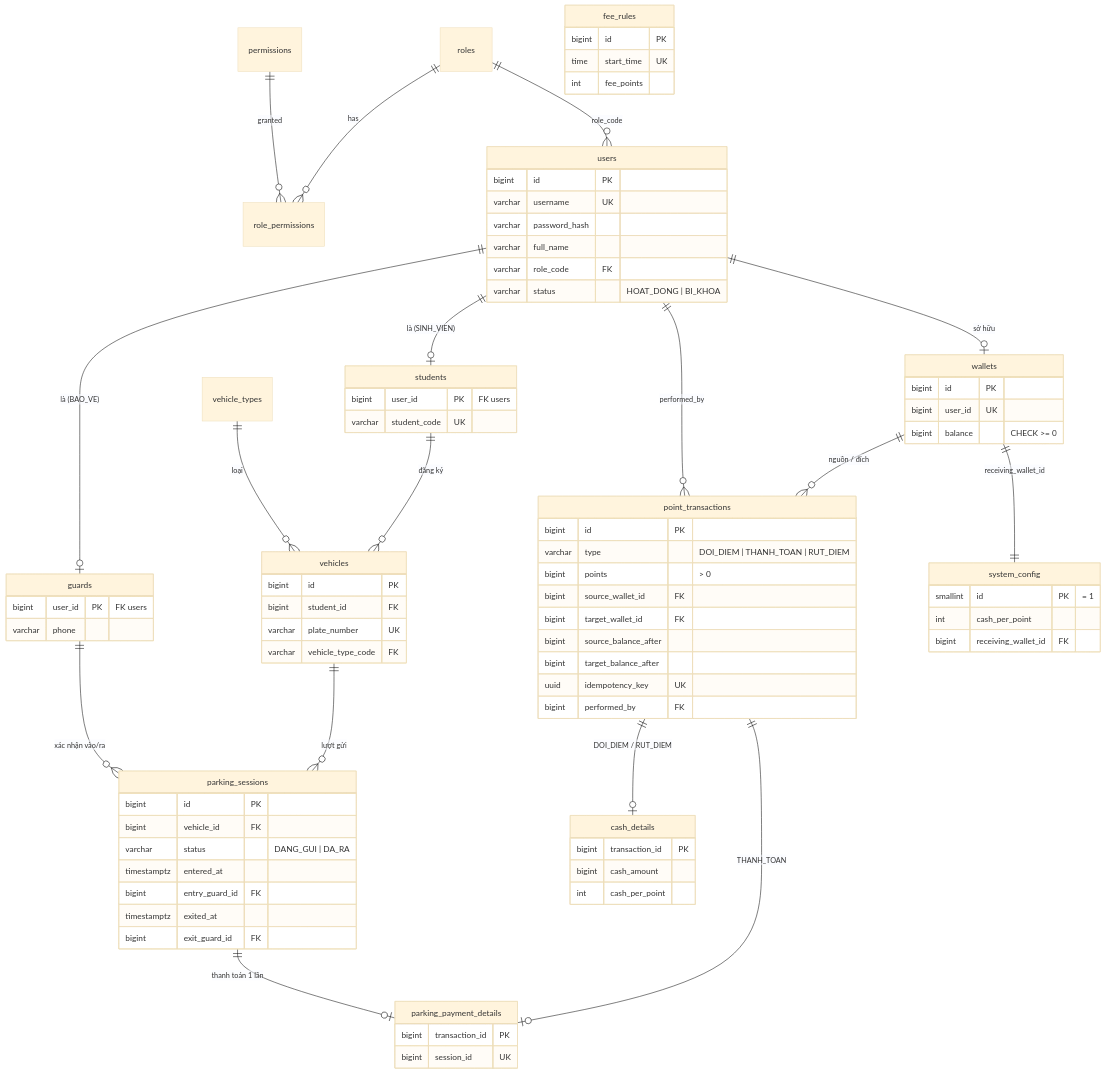
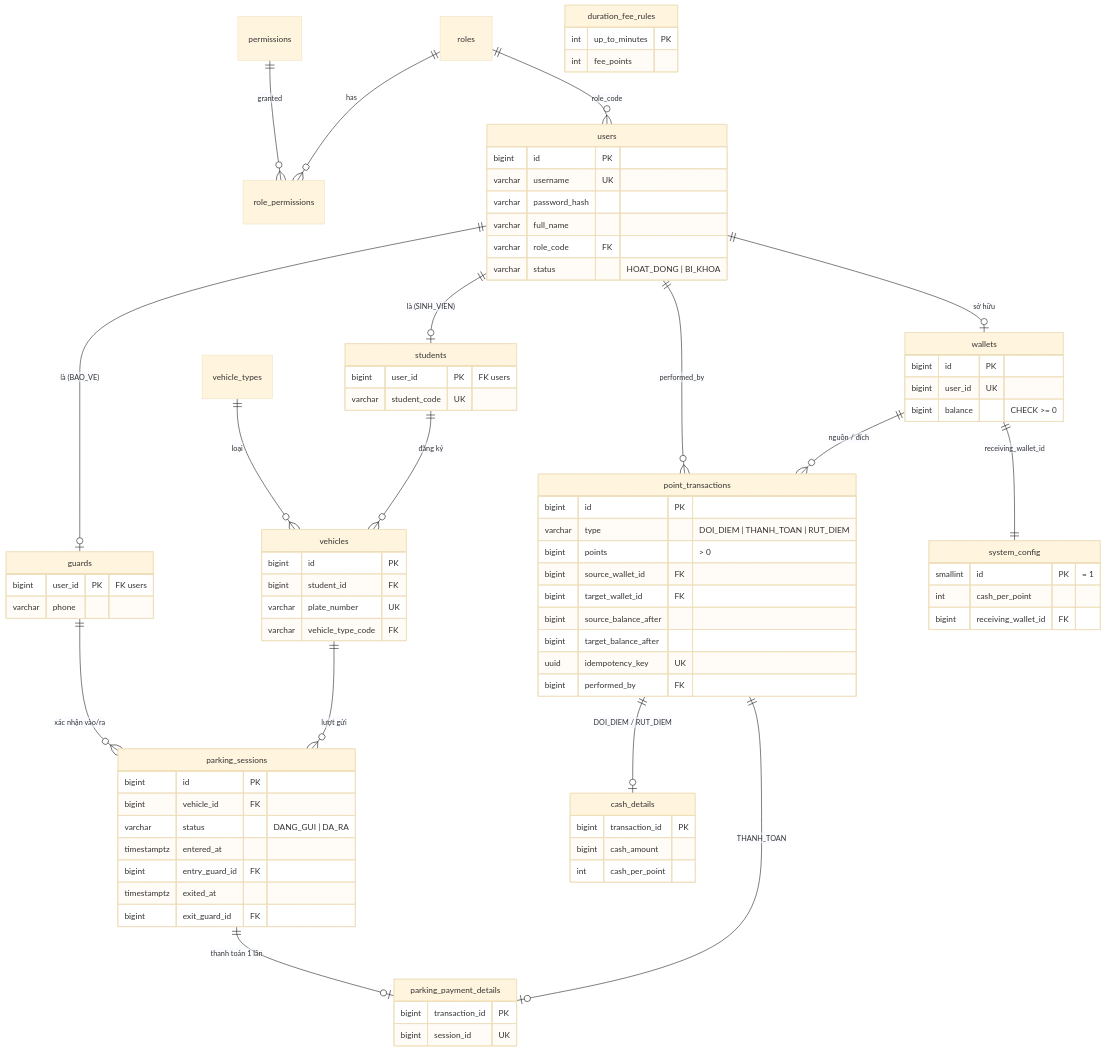
The diagram in docs/database/ERD.md (Halinh2726/BTL_OOP), drawn with Mermaid (base theme) before and after one commit. The commit also changed other lines of this file and 32 other files, not shown here.

````diff
--- a/docs/database/ERD.md
+++ b/docs/database/ERD.md
@@ -8,61 +8,61 @@
 ```mermaid
 erDiagram
     roles ||--o{ role_permissions : has
     permissions ||--o{ role_permissions : granted
     roles ||--o{ users : "role_code"
 
     users ||--o| students : "là (SINH_VIEN)"
     users ||--o| guards   : "là (BAO_VE)"
     users ||--o| wallets  : "sở hữu"
 
     students ||--o{ vehicles : "đăng ký"
     vehicle_types ||--o{ vehicles : "loại"
 
     vehicles ||--o{ parking_sessions : "lượt gửi"
     guards ||--o{ parking_sessions : "xác nhận vào/ra"
 
     wallets ||--o{ point_transactions : "nguồn / đích"
     users   ||--o{ point_transactions : "performed_by"
     point_transactions ||--o| cash_details : "DOI_DIEM / RUT_DIEM"
     point_transactions ||--o| parking_payment_details : "THANH_TOAN"
     parking_sessions ||--o| parking_payment_details : "thanh toán 1 lần"
 
     wallets ||--|| system_config : "receiving_wallet_id"
 
     users {
         bigint id PK
         varchar username UK
         varchar password_hash
         varchar full_name
         varchar role_code FK
         varchar status "HOAT_DONG | BI_KHOA"
     }
     students { bigint user_id PK "FK users" varchar student_code UK }
     guards   { bigint user_id PK "FK users" varchar phone }
     wallets  { bigint id PK bigint user_id UK bigint balance "CHECK >= 0" }
     vehicles { bigint id PK bigint student_id FK varchar plate_number UK varchar vehicle_type_code FK }
     parking_sessions {
         bigint id PK
         bigint vehicle_id FK
         varchar status "DANG_GUI | DA_RA"
         timestamptz entered_at
         bigint entry_guard_id FK
         timestamptz exited_at
         bigint exit_guard_id FK
     }
     point_transactions {
         bigint id PK
         varchar type "DOI_DIEM | THANH_TOAN | RUT_DIEM"
         bigint points "> 0"
         bigint source_wallet_id FK
         bigint target_wallet_id FK
         bigint source_balance_after
         bigint target_balance_after
         uuid idempotency_key UK
         bigint performed_by FK
     }
     cash_details { bigint transaction_id PK bigint cash_amount int cash_per_point }
     parking_payment_details { bigint transaction_id PK bigint session_id UK }
-    fee_rules { bigint id PK time start_time UK int fee_points }
+    duration_fee_rules { int up_to_minutes PK int fee_points }
     system_config { smallint id PK "= 1" int cash_per_point bigint receiving_wallet_id FK }
 ```
````
